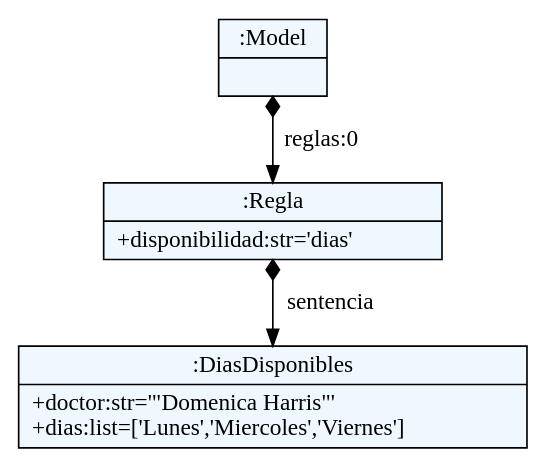
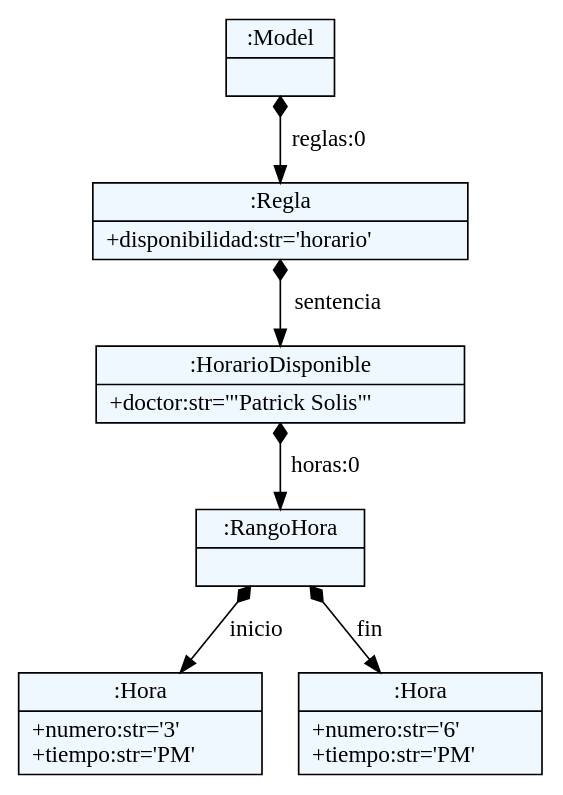
One commit to Patrick-beep-ui/KURE changed the diagram in dsl/ast.dot. Above: the diagram before and after it, drawn with Graphviz. The commit also changed 6 other files, not shown here.

```diff
--- a/dsl/ast.dot
+++ b/dsl/ast.dot
@@ -1,20 +1,26 @@
 
     digraph textX {
     fontname = "Bitstream Vera Sans"
     fontsize = 8
     node[
         shape=record,
         style=filled,
         fillcolor=aliceblue
     ]
     nodesep = 0.3
     edge[dir=black,arrowtail=empty]
 
 
-2333639581312 -> 2333639581264 [label="reglas:0" arrowtail=diamond dir=both]
-2333639581264 -> 2333639581024 [label="sentencia" arrowtail=diamond dir=both]
-2333639581024[label="{:DiasDisponibles|+doctor:str='\"Domenica Harris\"'\l+dias:list=['Lunes','Miercoles','Viernes']\l}"]
-2333639581264[label="{:Regla|+disponibilidad:str='dias'\l}"]
-2333639581312[label="{:Model|}"]
+2567402167648 -> 2567402167984 [label="reglas:0" arrowtail=diamond dir=both]
+2567402167984 -> 2567402168032 [label="sentencia" arrowtail=diamond dir=both]
+2567402168032 -> 2567402168128 [label="horas:0" arrowtail=diamond dir=both]
+2567402168128 -> 2567402168224 [label="inicio" arrowtail=diamond dir=both]
+2567402168224[label="{:Hora|+numero:str='3'\l+tiempo:str='PM'\l}"]
+2567402168128 -> 2567402168272 [label="fin" arrowtail=diamond dir=both]
+2567402168272[label="{:Hora|+numero:str='6'\l+tiempo:str='PM'\l}"]
+2567402168128[label="{:RangoHora|}"]
+2567402168032[label="{:HorarioDisponible|+doctor:str='\"Patrick Solis\"'\l}"]
+2567402167984[label="{:Regla|+disponibilidad:str='horario'\l}"]
+2567402167648[label="{:Model|}"]
 
 }
```
